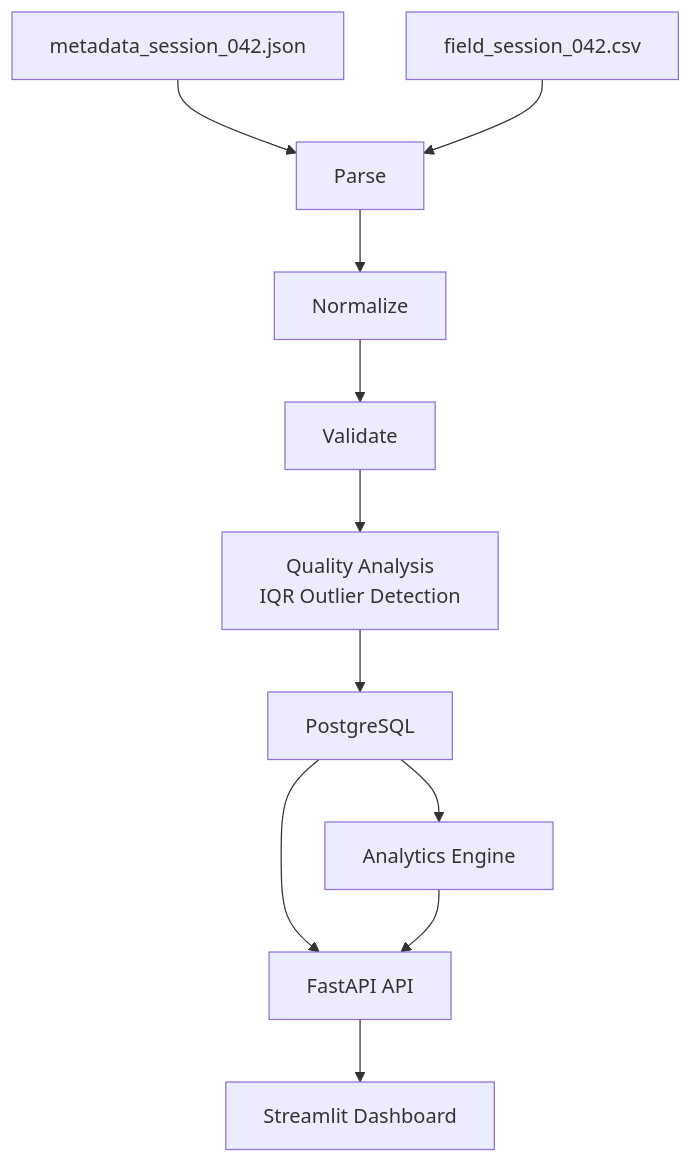
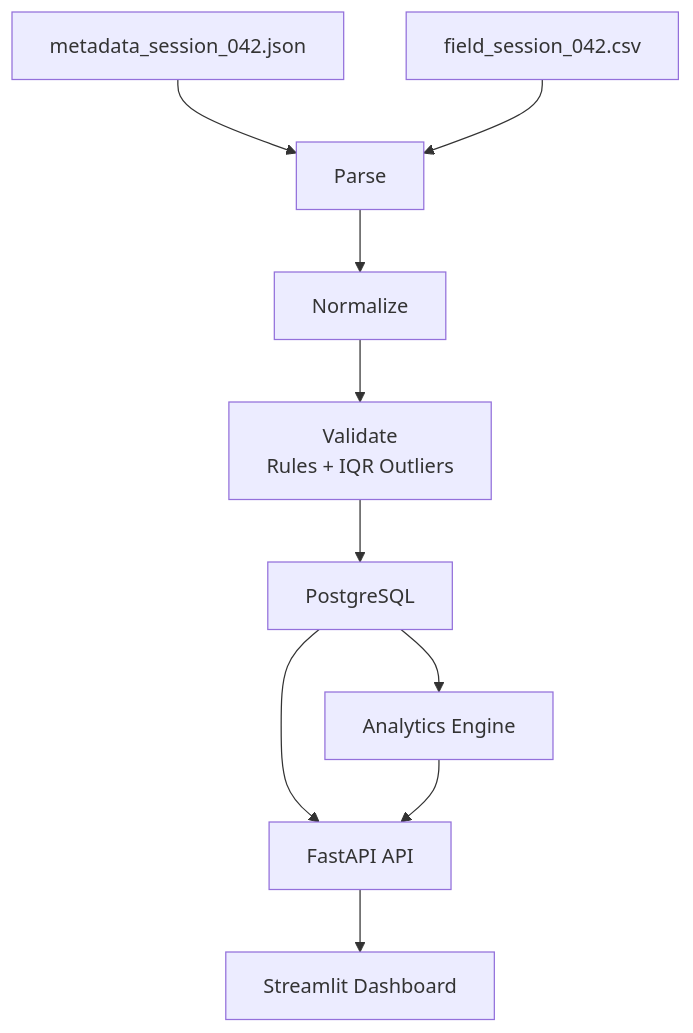
One commit to TomerAntebi/corractions_home_assignment changed the diagram in README.md. Above: the diagram before and after it, drawn with Mermaid. The commit also changed other lines of this file and 10 other files, not shown here.

````diff
--- a/README.md
+++ b/README.md
@@ -65,27 +65,25 @@
 ```mermaid
 flowchart TB
 
     Metadata["metadata_session_042.json"]
     Csv["field_session_042.csv"]
 
     Metadata --> Parser
     Csv --> Parser
 
     Parser["Parse"]
 
     Parser --> Normalize["Normalize"]
 
-    Normalize --> Validate["Validate"]
+    Normalize --> Validate["Validate<br/>Rules + IQR Outliers"]
 
-    Validate --> Quality["Quality Analysis<br/>IQR Outlier Detection"]
-
-    Quality --> Database["PostgreSQL"]
+    Validate --> Database["PostgreSQL"]
 
     Database --> Analytics["Analytics Engine"]
 
     Database --> Api["FastAPI API"]
 
     Analytics --> Api
 
     Api --> Dashboard["Streamlit Dashboard"]
 ```
````
